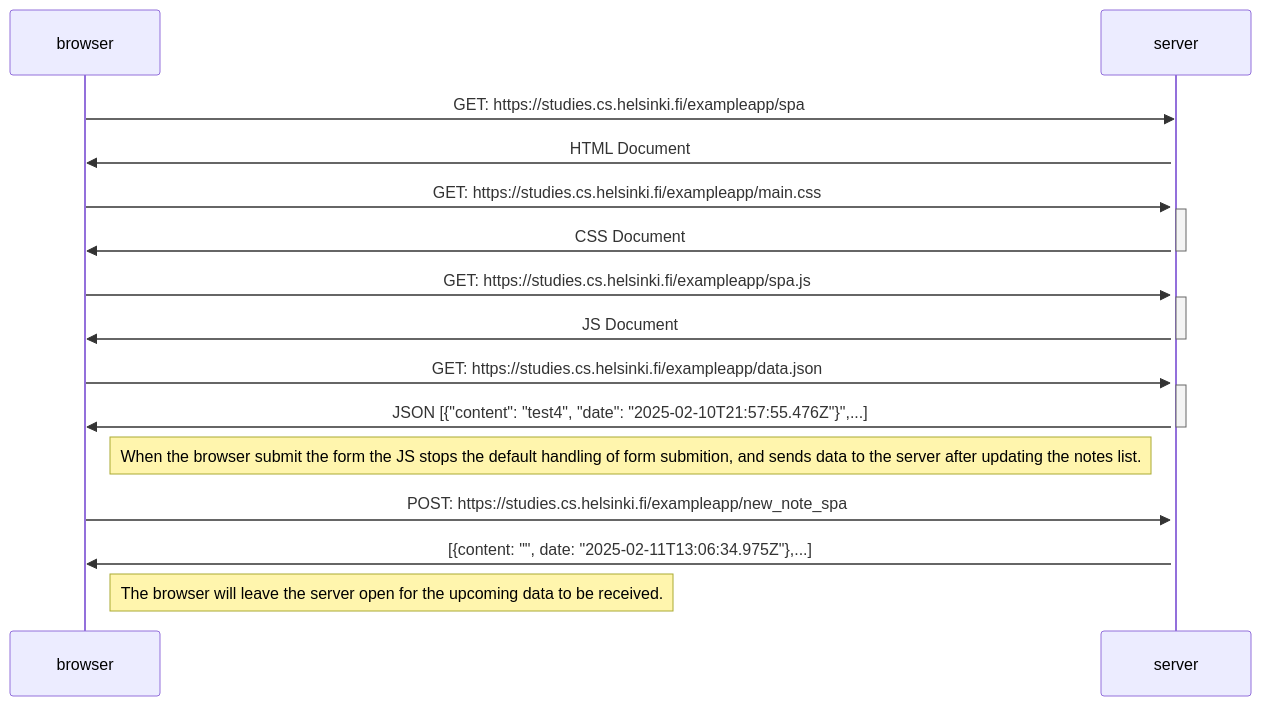
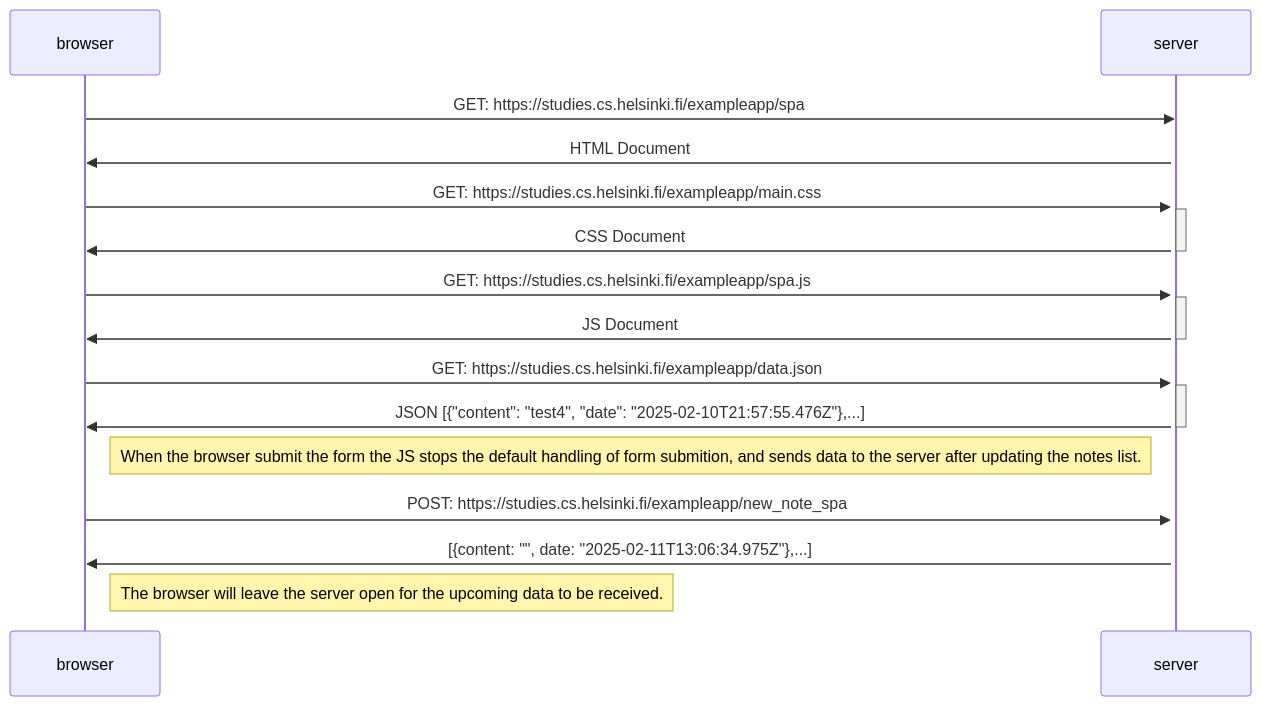
One commit to Dreath21/myFirstProject_in_gits changed the diagram in part0/part5.mermaid. Above: the diagram before and after it, drawn with Mermaid.

```diff
--- a/part0/part5.mermaid
+++ b/part0/part5.mermaid
@@ -1,28 +1,28 @@
 sequenceDiagram
     participant browser
     participant server
 
     browser ->> server: GET: https://studies.cs.helsinki.fi/exampleapp/spa
     activate server
     server ->> browser: HTML Document
 
     browser ->> server: GET: https://studies.cs.helsinki.fi/exampleapp/main.css
     activate server
     server ->> browser: CSS Document
     deactivate server 
 
     browser ->> server: GET: https://studies.cs.helsinki.fi/exampleapp/spa.js
     activate server
     server ->> browser: JS Document
     deactivate server 
 
     browser ->> server: GET: https://studies.cs.helsinki.fi/exampleapp/data.json
     activate server
-    server ->> browser: JSON [{"content": "test4", "date": "2025-02-10T21:57:55.476Z"}",...]
+    server ->> browser: JSON [{"content": "test4", "date": "2025-02-10T21:57:55.476Z"},...]
     deactivate server
 
     Note right of browser: When the browser submit the form the JS stops the default handling of form submition, and sends data to the server after updating the notes list.  
     browser ->> server: POST: https://studies.cs.helsinki.fi/exampleapp/new_note_spa
     activate server
     server ->> browser:     [{content: "", date: "2025-02-11T13:06:34.975Z"},...]
     Note right of browser: The browser will leave the server open for the upcoming data to be received.
```
